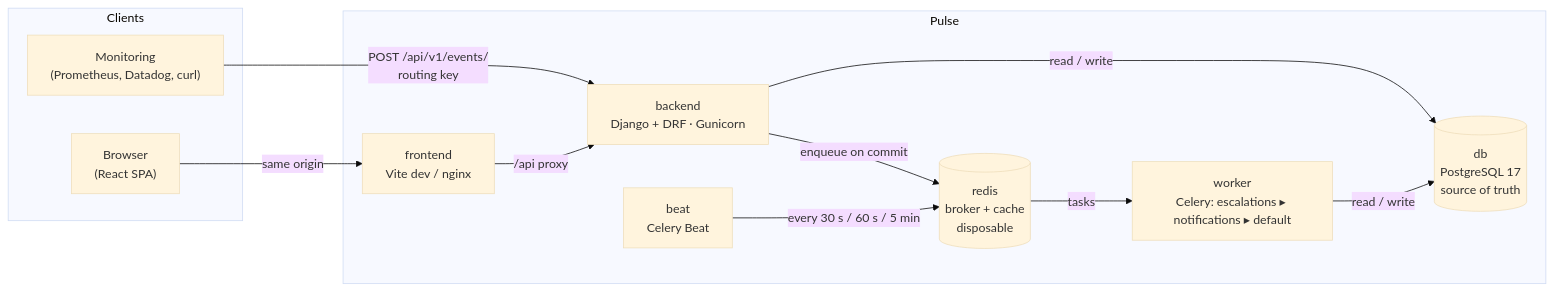
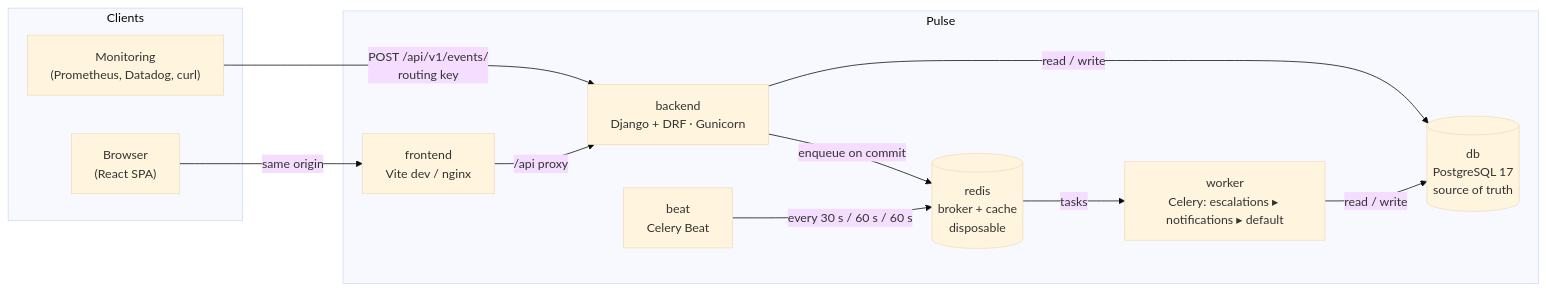
The first of 4 diagrams in docs/ARCHITECTURE.md (santheesh73/PagerDuty), drawn with Mermaid (base theme) before and after one commit. The commit also changed other lines of this file and 34 other files, not shown here.

````diff
--- a/docs/ARCHITECTURE.md
+++ b/docs/ARCHITECTURE.md
@@ -9,25 +9,25 @@
 ```mermaid
 flowchart LR
     subgraph Clients
         MON["Monitoring<br/>(Prometheus, Datadog, curl)"]
         BROWSER["Browser<br/>(React SPA)"]
     end
 
     subgraph Pulse
         FE["frontend<br/>Vite dev / nginx"]
         API["backend<br/>Django + DRF · Gunicorn"]
         W["worker<br/>Celery: escalations ▸ notifications ▸ default"]
         B["beat<br/>Celery Beat"]
         DB[("db<br/>PostgreSQL 17<br/>source of truth")]
         R[("redis<br/>broker + cache<br/>disposable")]
     end
 
     MON -- "POST /api/v1/events/<br/>routing key" --> API
     BROWSER -- "same origin" --> FE
     FE -- "/api proxy" --> API
     API -- "read / write" --> DB
     API -- "enqueue on commit" --> R
-    B -- "every 30 s / 60 s / 5 min" --> R
+    B -- "every 30 s / 60 s / 60 s" --> R
     R -- "tasks" --> W
     W -- "read / write" --> DB
 ```
````
